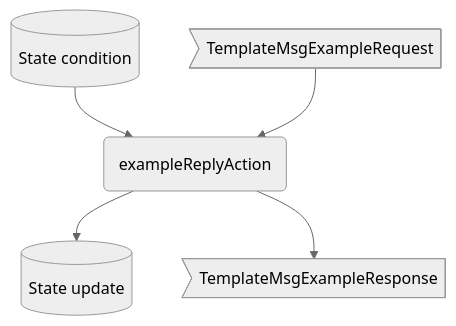
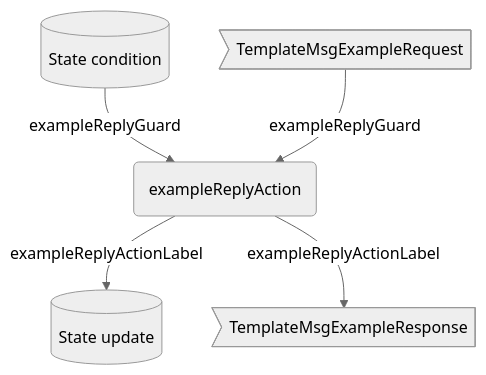
One commit to anoma/nspec changed the second of 2 diagrams in docs/arch/node/engines/template_behaviour.juvix.md. Above: the diagram before and after it, drawn with Mermaid (neutral theme). The commit also changed other lines of this file, not shown here.

Commit message:
template: diagrams

````diff
--- a/docs/arch/node/engines/template_behaviour.juvix.md
+++ b/docs/arch/node/engines/template_behaviour.juvix.md
@@ -480,10 +480,10 @@
 ```mermaid
 flowchart TD
   CM>TemplateMsgExampleRequest]
   CS[(State condition)]
   A(exampleReplyAction)
   ES[(State update)]
   EM>TemplateMsgExampleResponse]
 
-  CS & CM --> A --> ES & EM
+  CS & CM --exampleReplyGuard--> A --exampleReplyActionLabel--> ES & EM
 ```
````
